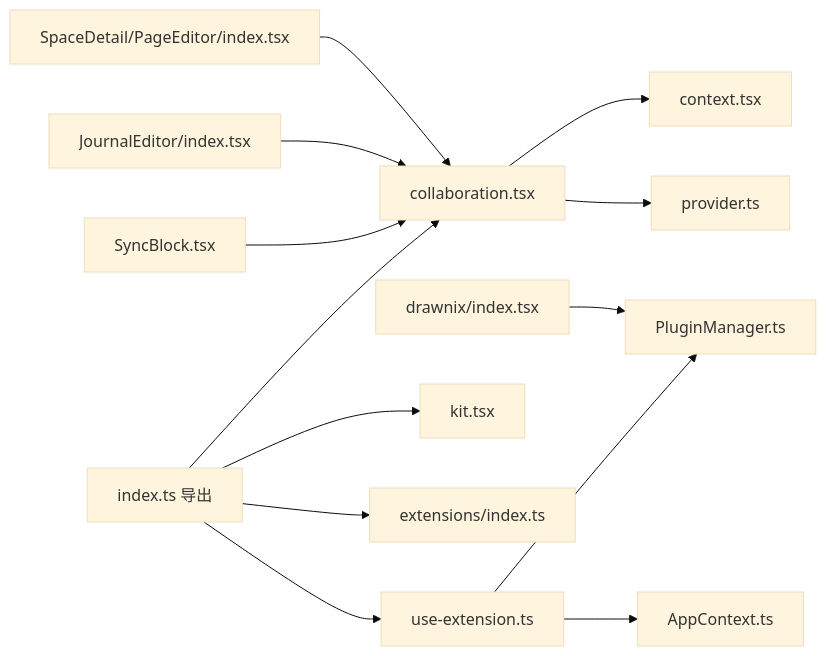
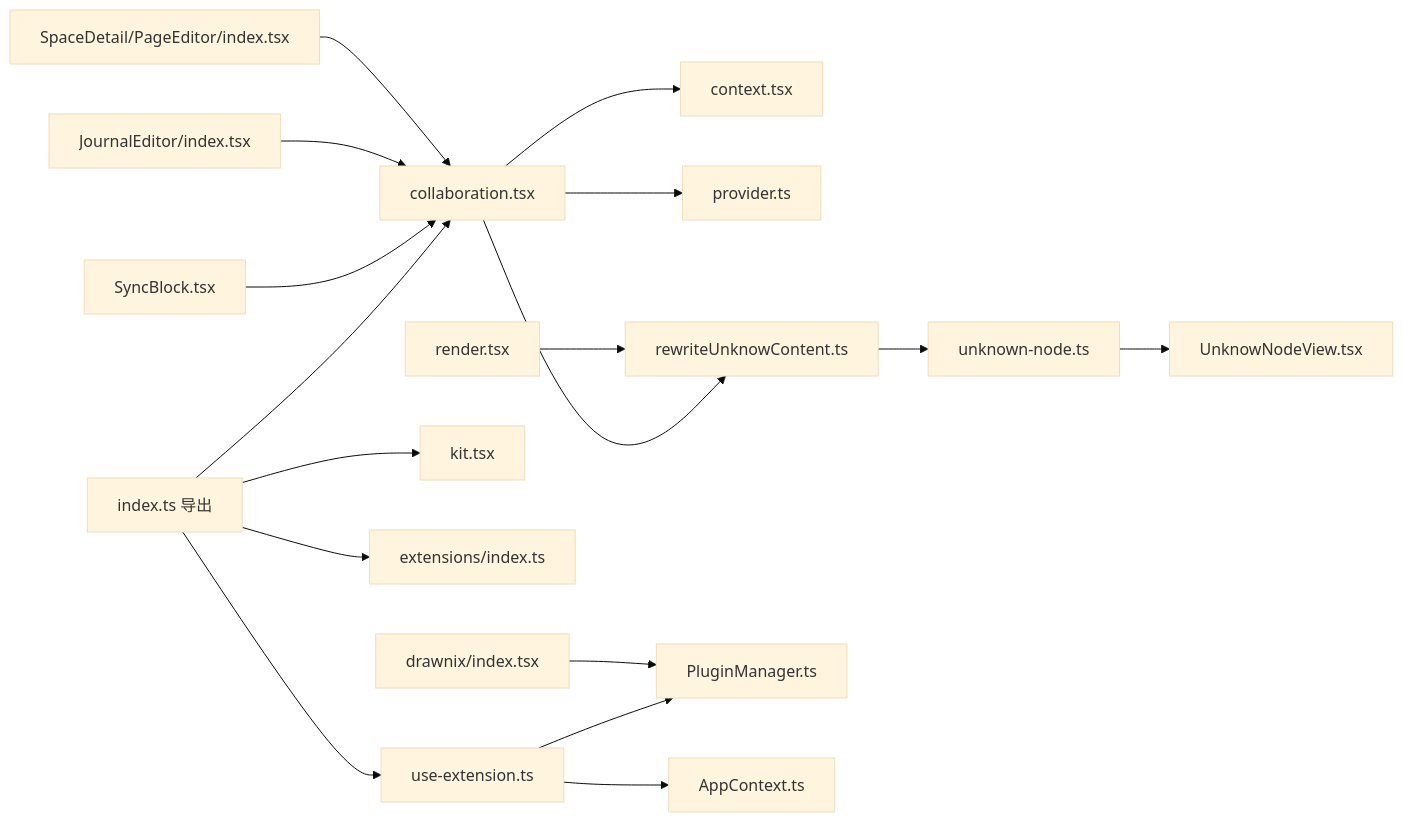
Before and after one commit to LRF0422/Kotion: the eighth of 8 diagrams in .qoder/repowiki/zh/content/核心模块/编辑器核心内核/编辑器核心内核.md, drawn with Mermaid (base theme). The commit also changed other lines of this file and 75 other files, not shown here.

````diff
--- a/.qoder/repowiki/zh/content/核心模块/编辑器核心内核/编辑器核心内核.md
+++ b/.qoder/repowiki/zh/content/核心模块/编辑器核心内核/编辑器核心内核.md
@@ -336,15 +418,19 @@
 ```mermaid
 graph LR
 IDX["index.ts 导出"] --> COLLAB["collaboration.tsx"]
 IDX --> USEEXT["use-extension.ts"]
 IDX --> KIT["kit.tsx"]
 IDX --> EXTSIDX["extensions/index.ts"]
 COLLAB --> CTX["context.tsx"]
 COLLAB --> PROVIDER["provider.ts"]
+COLLAB --> REWRITE["rewriteUnknowContent.ts"]
+RENDER["render.tsx"] --> REWRITE
 USEEXT --> PM["PluginManager.ts"]
 USEEXT --> APPCTX["AppContext.ts"]
+REWRITE --> UNKNODE["unknown-node.ts"]
+UNKNODE --> UNKVIEW["UnknowNodeView.tsx"]
 SYNCBLK["SyncBlock.tsx"] --> COLLAB
 JOURNAL["JournalEditor/index.tsx"] --> COLLAB
 SPACEPAGE["SpaceDetail/PageEditor/index.tsx"] --> COLLAB
 DRAWNIX["drawnix/index.tsx"] --> PM
 ```
````
